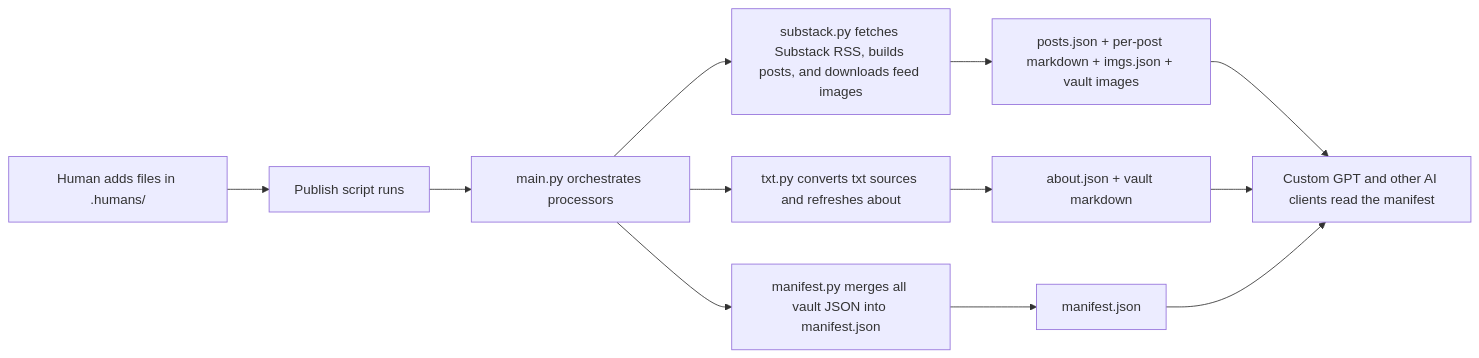
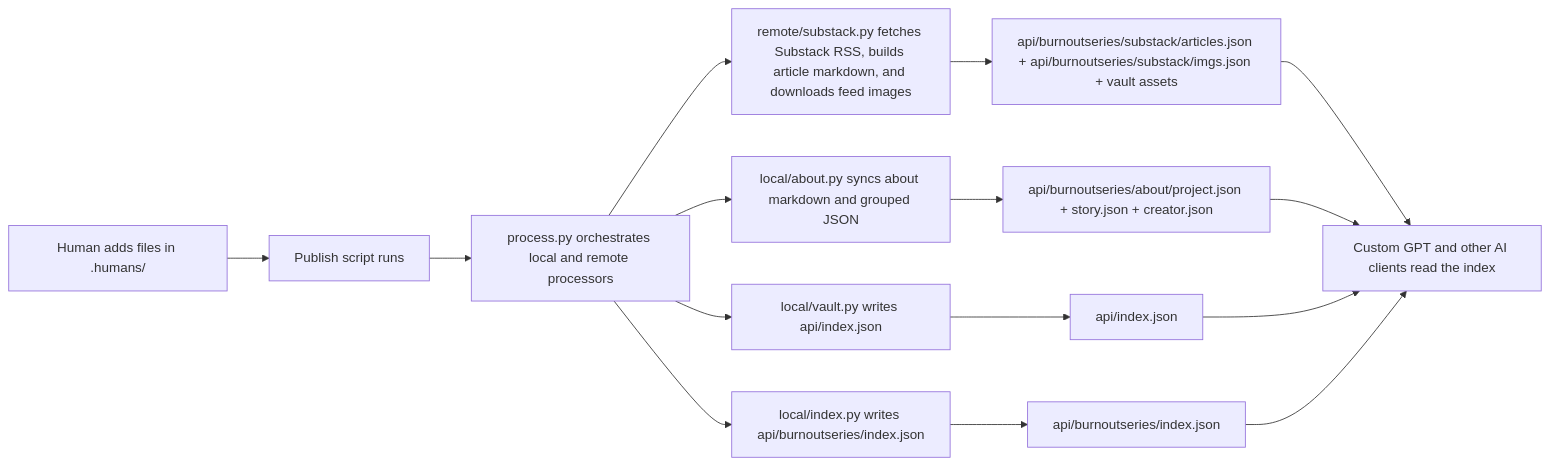
The diagram in README.md (blackaft/burnoutseries), drawn with Mermaid before and after one commit. The commit also changed other lines of this file and 10 other files, not shown here.

````diff
--- a/README.md
+++ b/README.md
@@ -60,14 +60,17 @@
 ```mermaid
 flowchart LR
   A[Human adds files in .humans/] --> B[Publish script runs]
-  B --> C[main.py orchestrates processors]
-  C --> D[substack.py fetches Substack RSS, builds posts, and downloads feed images]
-  C --> E[txt.py converts txt sources and refreshes about]
-  C --> F[manifest.py merges all vault JSON into manifest.json]
-  D --> G[posts.json + per-post markdown + imgs.json + vault images]
-  E --> H[about.json + vault markdown]
-  F --> I[manifest.json]
-  G --> J[Custom GPT and other AI clients read the manifest]
-  H --> J
-  I --> J
+  B --> C[process.py orchestrates local and remote processors]
+  C --> D[remote/substack.py fetches Substack RSS, builds article markdown, and downloads feed images]
+  C --> E[local/about.py syncs about markdown and grouped JSON]
+  C --> F[local/vault.py writes api/index.json]
+  C --> G[local/index.py writes api/burnoutseries/index.json]
+  D --> H[api/burnoutseries/substack/articles.json + api/burnoutseries/substack/imgs.json + vault assets]
+  E --> I[api/burnoutseries/about/project.json + story.json + creator.json]
+  F --> J[api/index.json]
+  G --> K[api/burnoutseries/index.json]
+  H --> L[Custom GPT and other AI clients read the index]
+  I --> L
+  J --> L
+  K --> L
 ```
````
